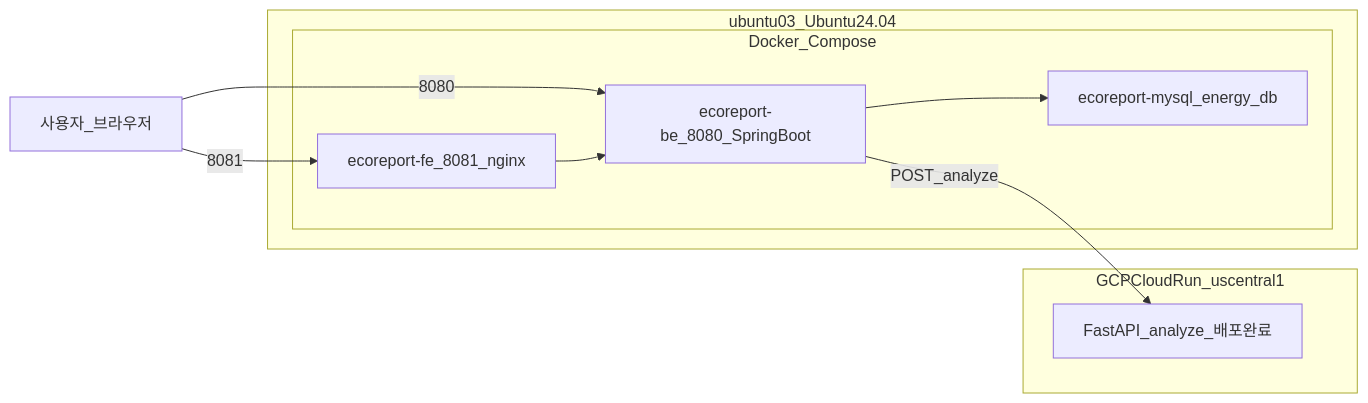
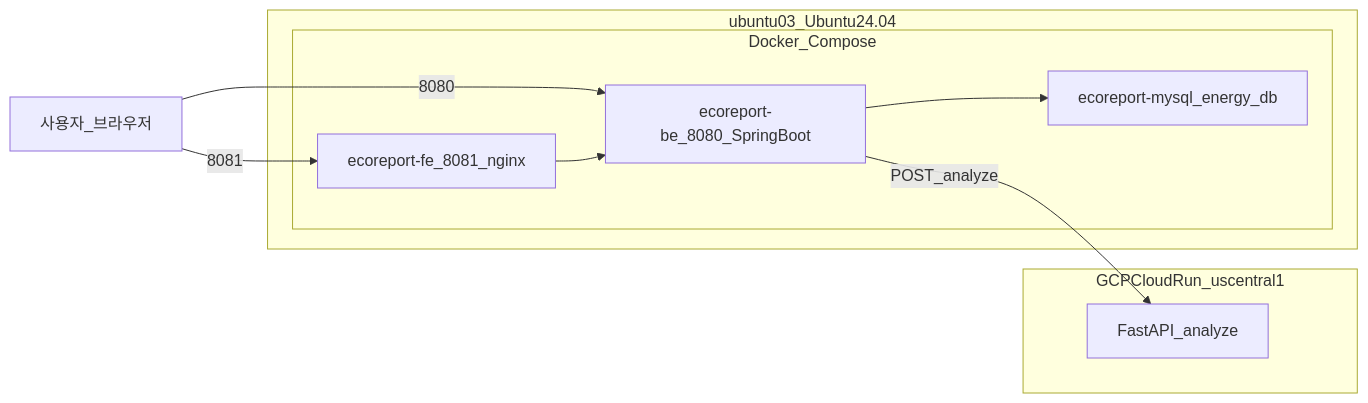
Before and after one commit to ravenkim/sundry_study: the diagram in docs/최종 제안서/8_개발환경_및_운영서버.md, drawn with Mermaid. The commit also changed other lines of this file and 2 other files, not shown here.

````diff
--- a/docs/최종 제안서/8_개발환경_및_운영서버.md
+++ b/docs/최종 제안서/8_개발환경_및_운영서버.md
@@ -173,20 +147,20 @@
 ```mermaid
 flowchart LR
   subgraph ubuntu03 [ubuntu03_Ubuntu24.04]
     subgraph docker [Docker_Compose]
       FE[ecoreport-fe_8081_nginx]
       BE[ecoreport-be_8080_SpringBoot]
       DB[ecoreport-mysql_energy_db]
     end
   end
 
   subgraph gcp [GCPCloudRun_uscentral1]
-    AI[FastAPI_analyze_배포완료]
+    AI[FastAPI_analyze]
   end
 
   User[사용자_브라우저] -->|8081| FE
   User -->|8080| BE
   FE --> BE
   BE --> DB
   BE -->|POST_analyze| AI
 ```
````
